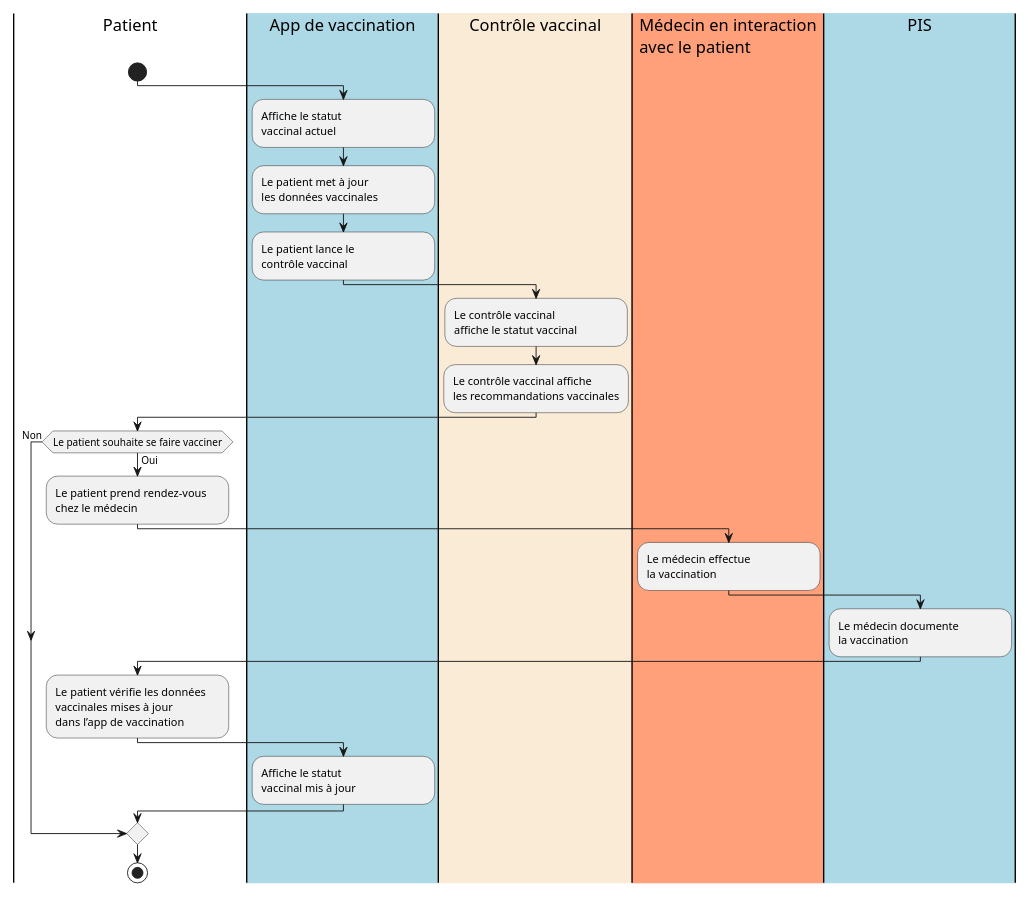
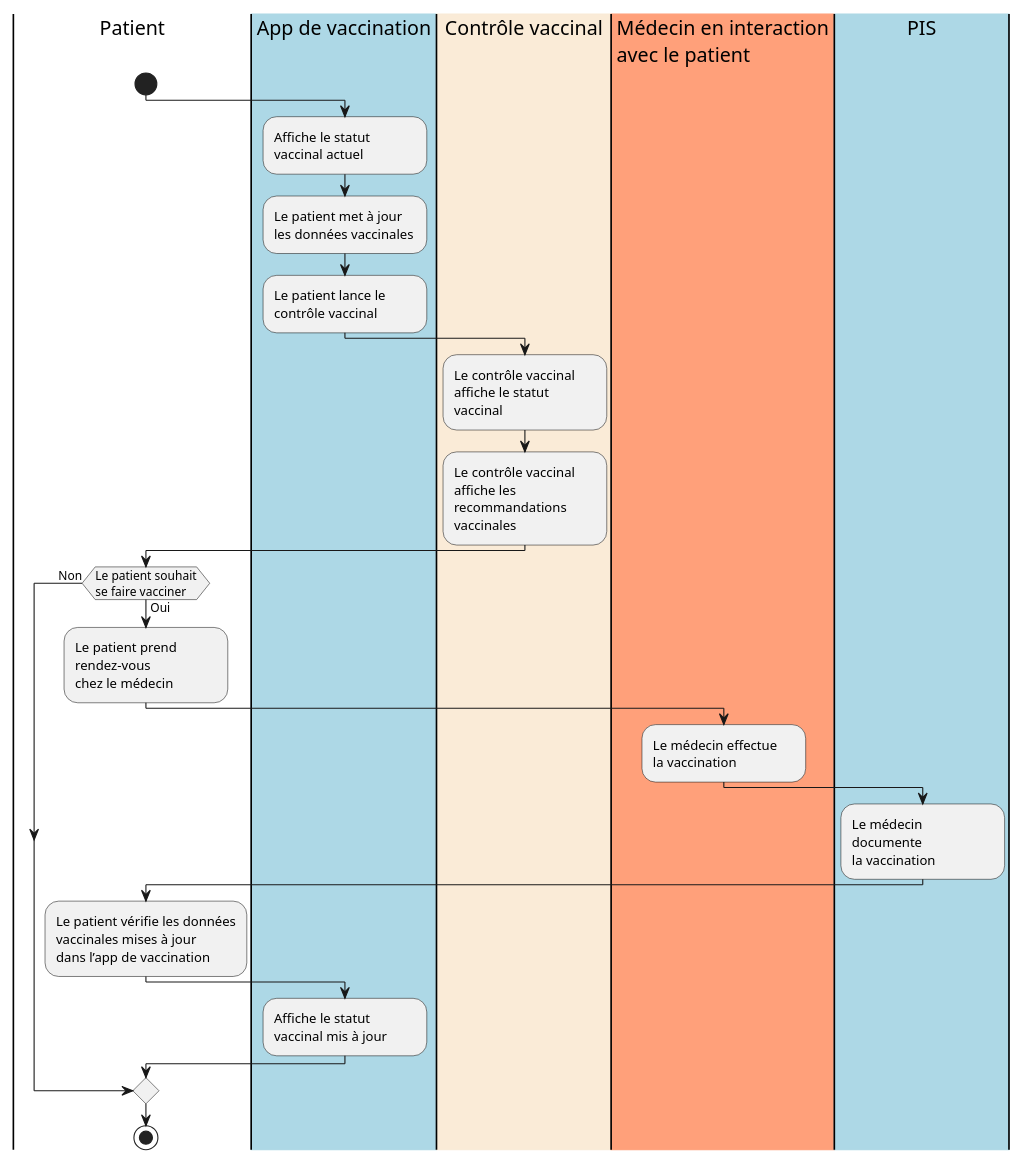
Before and after one commit to hl7ch/ch-vacd: the diagram in input/images-source/use-case-14-impfcheck-patient-fr.plantuml, drawn with PlantUML. The commit also changed 3 other files, not shown here.

```diff
--- a/input/images-source/use-case-14-impfcheck-patient-fr.plantuml
+++ b/input/images-source/use-case-14-impfcheck-patient-fr.plantuml
@@ -1,35 +1,35 @@
 @startuml
 scale max 800 width
 <style>
-element {MinimumWidth 200}
+element {MinimumWidth 150}
 </style>
 
 |Patient|
 start
 |#LightBlue|App de vaccination|
 :Affiche le statut\nvaccinal actuel;
 :Le patient met à jour\nles données vaccinales;
 :Le patient lance le\ncontrôle vaccinal;
 
 |#AntiqueWhite|Contrôle vaccinal|
-:Le contrôle vaccinal\naffiche le statut vaccinal;
-:Le contrôle vaccinal affiche\nles recommandations vaccinales;
+:Le contrôle vaccinal\naffiche le statut\nvaccinal;
+:Le contrôle vaccinal\naffiche les\nrecommandations\nvaccinales;
 
 |Patient|
-if (Le patient souhaite se faire vacciner) then (Oui)
-  :Le patient prend rendez-vous\nchez le médecin;
+if (Le patient souhait\nse faire vacciner) then (Oui)
+  :Le patient prend\nrendez-vous\nchez le médecin;
   |#LightSalmon|Médecin en interaction\navec le patient|
   :Le médecin effectue\nla vaccination;
   |#LightBlue|PIS|
-  :Le médecin documente\nla vaccination;
+  :Le médecin\ndocumente\nla vaccination;
   |Patient|
   :Le patient vérifie les données\nvaccinales mises à jour\ndans l’app de vaccination;
   |App de vaccination|
   :Affiche le statut\nvaccinal mis à jour;
 else (Non)
 
 endif
 |Patient|
 stop
 
 @enduml
```
